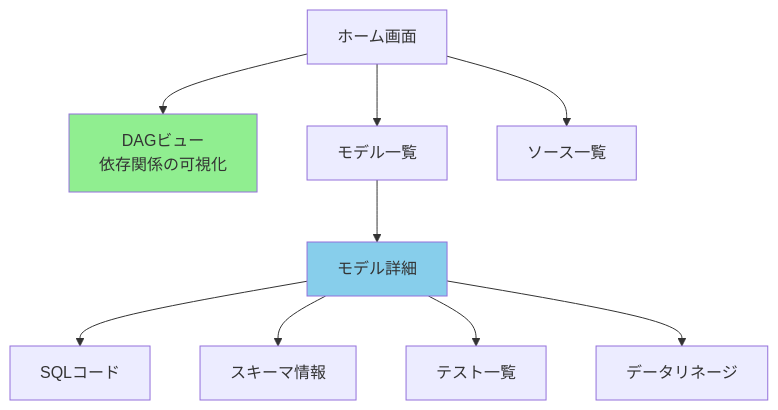
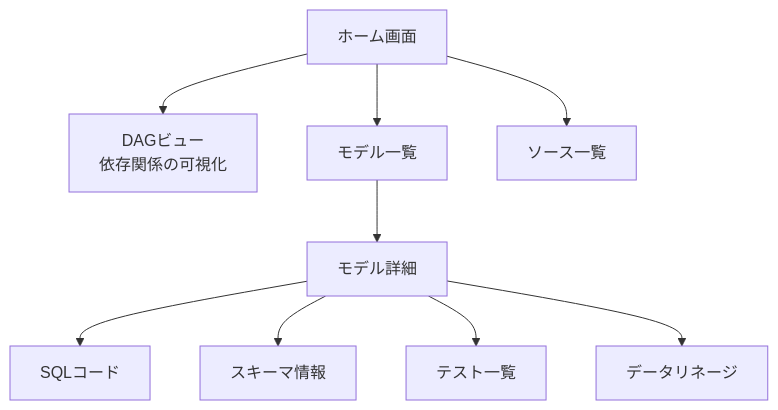
The second of 5 diagrams in content/Tech/dbt/categories/documentation-config.md (1210yuichi0/1210yuichi0.github.io), drawn with Mermaid before and after one commit. The commit also changed other lines of this file and 22 other files, not shown here.

First line of the commit message:
style: remove Mermaid style directives for dark mode compatibility

````diff
--- a/content/Tech/dbt/categories/documentation-config.md
+++ b/content/Tech/dbt/categories/documentation-config.md
@@ -154,15 +152,13 @@
 ```mermaid
 flowchart TB
     Home[ホーム画面] --> DAG[DAGビュー<br/>依存関係の可視化]
     Home --> Models[モデル一覧]
     Home --> Sources[ソース一覧]
 
     Models --> Detail[モデル詳細]
     Detail --> SQL[SQLコード]
     Detail --> Schema[スキーマ情報]
     Detail --> Tests[テスト一覧]
     Detail --> Lineage[データリネージ]
 
-    style DAG fill:#90EE90
-    style Detail fill:#87CEEB
 ```
````
